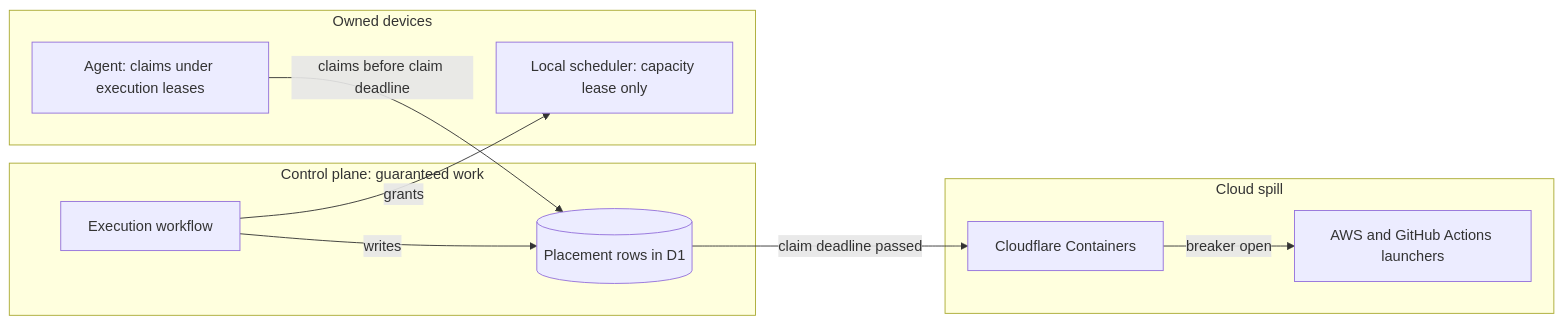
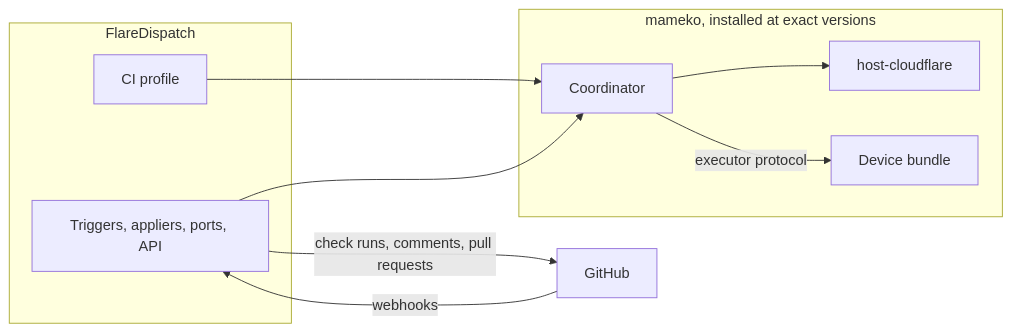
The diagram in specs/adr/0001-local-first-control-plane.md (fractalboxdev/flare-dispatch), drawn with Mermaid before and after one commit. The commit also changed other lines of this file and 45 other files, not shown here.

First line of the commit message:
specs: FlareDispatch's CI half on mameko

````diff
--- a/specs/adr/0001-local-first-control-plane.md
+++ b/specs/adr/0001-local-first-control-plane.md
@@ -20,29 +21,25 @@
 ```mermaid
 flowchart LR
-  accTitle: Two-level scheduling and the spill path
-  subgraph cp["Control plane: guaranteed work"]
-    sched[Execution workflow]
-    place[(Placement rows in D1)]
+  accTitle: FlareDispatch as an application on mameko
+  subgraph fd["FlareDispatch"]
+    prof[CI profile]
+    app["Triggers, appliers, ports, API"]
   end
-  subgraph fleet["Owned devices"]
-    agent["Agent: claims under execution leases"]
-    local["Local scheduler: capacity lease only"]
+  subgraph mk["mameko, installed at exact versions"]
+    co[Coordinator]
+    host[host-cloudflare]
+    dev[Device bundle]
   end
-  subgraph floor["Cloud spill"]
-    ctr[Cloudflare Containers]
-    launch[AWS and GitHub Actions launchers]
-  end
-  sched -->|writes| place
-  agent -->|claims before claim deadline| place
-  place e1@-->|claim deadline passed| ctr
-  ctr e2@-->|breaker open| launch
-  sched -->|grants| local
-  class sched accent
-  class place store
-  class local muted
-  class cp group
-  class fleet group
-  class floor group
+  gh[GitHub]
+  prof --> co
+  app --> co
+  co --> host
+  co e1@-->|executor protocol| dev
+  gh -->|webhooks| app
+  app -->|check runs, comments, pull requests| gh
+  class co accent
+  class gh muted
+  class fd group
+  class mk group
   class e1 async
-  class e2 async
 ```
````
